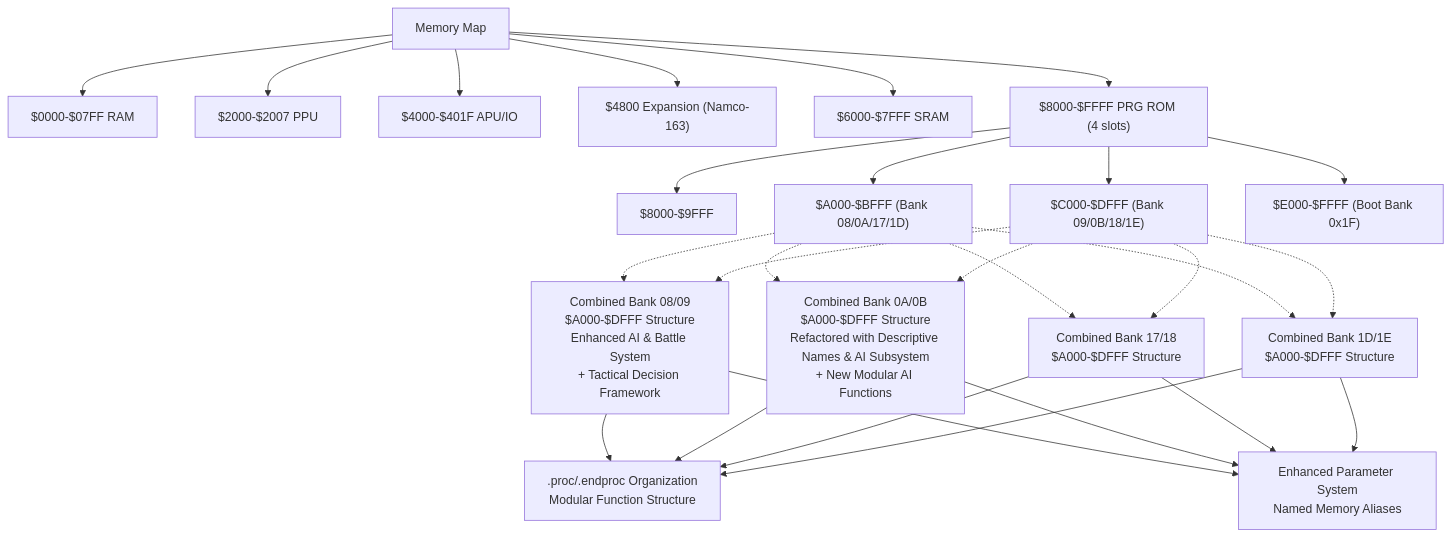
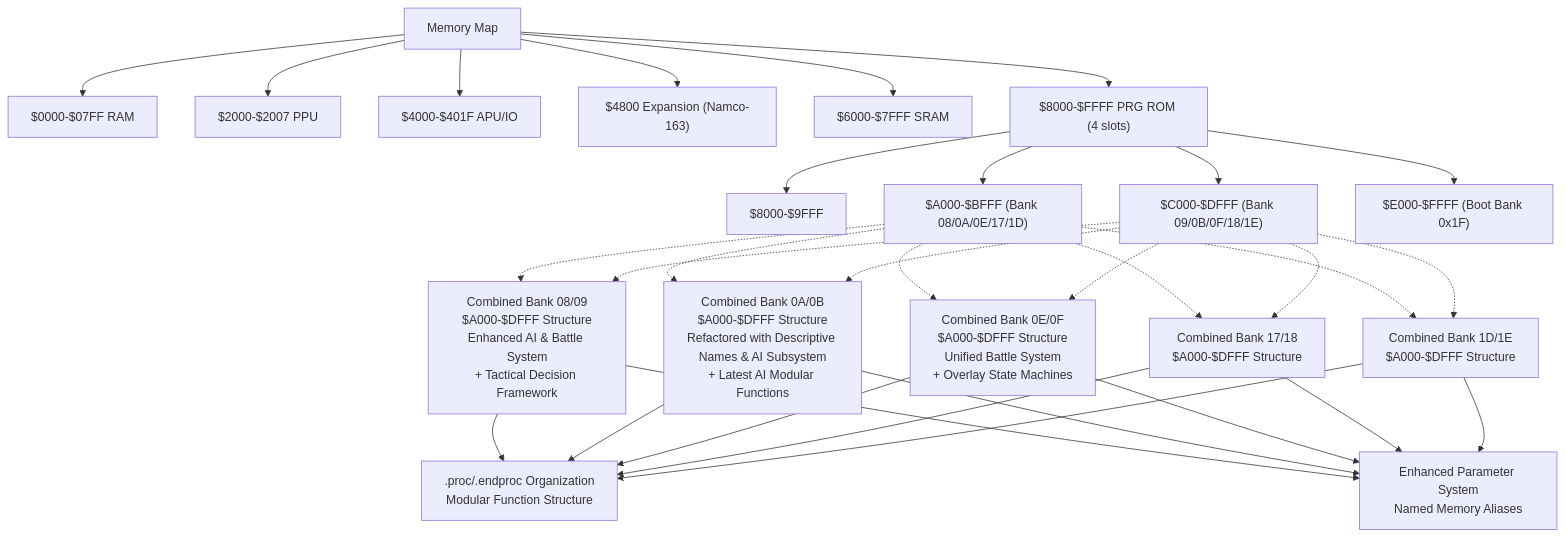
Before and after one commit to rabbyzero/sango2dasm: the third of 22 diagrams in .qoder/repowiki/en/content/Assembly Architecture/Assembly Architecture.md, drawn with Mermaid. The commit also changed other lines of this file and 33 other files, not shown here.

First line of the commit message:
Standardize terminology per manual and decode prg_0e_0f battle phases

````diff
--- a/.qoder/repowiki/en/content/Assembly Architecture/Assembly Architecture.md
+++ b/.qoder/repowiki/en/content/Assembly Architecture/Assembly Architecture.md
@@ -391,35 +454,40 @@
 ```mermaid
 flowchart TD
 MEM["Memory Map"] --> RAM["$0000-$07FF RAM"]
 MEM --> PPUREG["$2000-$2007 PPU"]
 MEM --> IOREG["$4000-$401F APU/IO"]
 MEM --> EXPROM["$4800 Expansion (Namco-163)"]
 MEM --> SRAM["$6000-$7FFF SRAM"]
 MEM --> PRG["$8000-$FFFF PRG ROM (4 slots)"]
 PRG --> SLOT0["$8000-$9FFF"]
-PRG --> SLOT1["$A000-$BFFF (Bank 08/0A/17/1D)"]
-PRG --> SLOT2["$C000-$DFFF (Bank 09/0B/18/1E)"]
+PRG --> SLOT1["$A000-$BFFF (Bank 08/0A/0E/17/1D)"]
+PRG --> SLOT2["$C000-$DFFF (Bank 09/0B/0F/18/1E)"]
 PRG --> SLOT3["$E000-$FFFF (Boot Bank 0x1F)"]
 COMBINED08_09["Combined Bank 08/09<br/>$A000-$DFFF Structure<br/>Enhanced AI & Battle System<br/>+ Tactical Decision Framework"]
-COMBINED0A_0B["Combined Bank 0A/0B<br/>$A000-$DFFF Structure<br/>Refactored with Descriptive Names & AI Subsystem<br/>+ New Modular AI Functions"]
+COMBINED0A_0B["Combined Bank 0A/0B<br/>$A000-$DFFF Structure<br/>Refactored with Descriptive Names & AI Subsystem<br/>+ Latest AI Modular Functions"]
+COMBINED0E_0F["Combined Bank 0E/0F<br/>$A000-$DFFF Structure<br/>Unified Battle System<br/>+ Overlay State Machines"]
 COMBINED17_18["Combined Bank 17/18<br/>$A000-$DFFF Structure"]
 COMBINED1D_1E["Combined Bank 1D/1E<br/>$A000-$DFFF Structure"]
 SLOT1 -.-> COMBINED08_09
 SLOT1 -.-> COMBINED0A_0B
+SLOT1 -.-> COMBINED0E_0F
 SLOT1 -.-> COMBINED17_18
 SLOT1 -.-> COMBINED1D_1E
 SLOT2 -.-> COMBINED08_09
 SLOT2 -.-> COMBINED0A_0B
+SLOT2 -.-> COMBINED0E_0F
 SLOT2 -.-> COMBINED17_18
 SLOT2 -.-> COMBINED1D_1E
 PROC[".proc/.endproc Organization<br/>Modular Function Structure"]
 PARAMSYS["Enhanced Parameter System<br/>Named Memory Aliases"]
 COMBINED08_09 --> PROC
 COMBINED08_09 --> PARAMSYS
 COMBINED0A_0B --> PROC
 COMBINED0A_0B --> PARAMSYS
+COMBINED0E_0F --> PROC
+COMBINED0E_0F --> PARAMSYS
 COMBINED17_18 --> PROC
 COMBINED17_18 --> PARAMSYS
 COMBINED1D_1E --> PROC
 COMBINED1D_1E --> PARAMSYS
 ```
````
